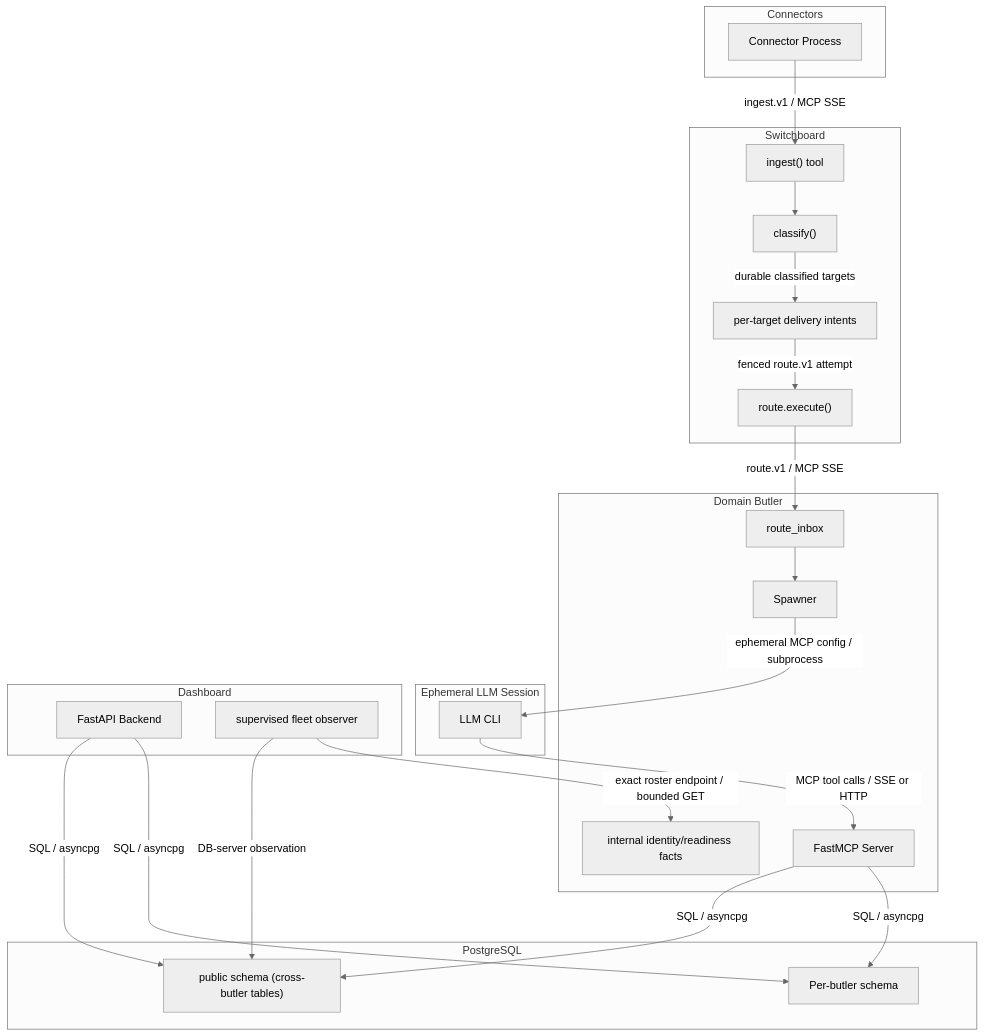
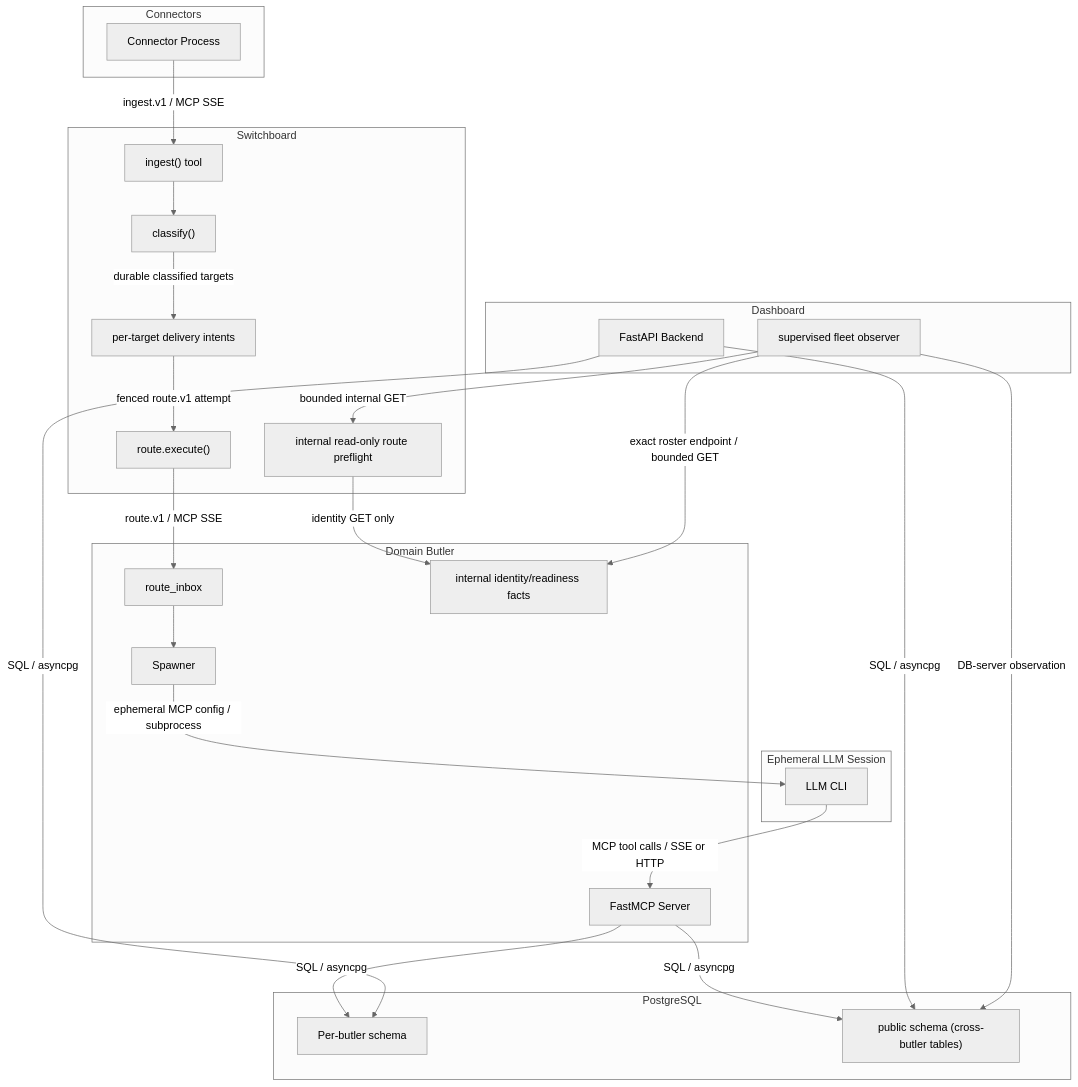
One commit to tzeusy-org/butlers changed the diagram in about/lay-and-land/integration.md. Above: the diagram before and after it, drawn with Mermaid (neutral theme). The commit also changed other lines of this file and 15 other files, not shown here.

````diff
--- a/about/lay-and-land/integration.md
+++ b/about/lay-and-land/integration.md
@@ -14,50 +14,53 @@
 ```mermaid
 graph TB
     subgraph Connectors
         C["Connector Process"]
     end
 
     subgraph Switchboard
         Ingest["ingest() tool"]
         Classify["classify()"]
         Intent["per-target delivery intents"]
         Route["route.execute()"]
+        Preflight["internal read-only route preflight"]
     end
 
     subgraph DomainButler["Domain Butler"]
         RouteInbox["route_inbox"]
         Identity["internal identity/readiness facts"]
         Spawner["Spawner"]
         MCP["FastMCP Server"]
     end
 
     subgraph LLMSession["Ephemeral LLM Session"]
         CLI["LLM CLI"]
     end
 
     subgraph Dashboard
         FastAPI["FastAPI Backend"]
         Observer["supervised fleet observer"]
     end
 
     subgraph DB["PostgreSQL"]
         Schema["Per-butler schema"]
         Shared["public schema (cross-butler tables)"]
     end
 
     C -- "ingest.v1 / MCP SSE" --> Ingest
     Ingest --> Classify
     Classify -- "durable classified targets" --> Intent
     Intent -- "fenced route.v1 attempt" --> Route
     Route -- "route.v1 / MCP SSE" --> RouteInbox
     Observer -- "exact roster endpoint / bounded GET" --> Identity
+    Observer -- "bounded internal GET" --> Preflight
+    Preflight -- "identity GET only" --> Identity
     Observer -- "DB-server observation" --> Shared
     RouteInbox --> Spawner
     Spawner -- "ephemeral MCP config / subprocess" --> CLI
     CLI -- "MCP tool calls / SSE or HTTP" --> MCP
 
     FastAPI -- "SQL / asyncpg" --> Schema
     FastAPI -- "SQL / asyncpg" --> Shared
     MCP -- "SQL / asyncpg" --> Schema
     MCP -- "SQL / asyncpg" --> Shared
 ```
````
